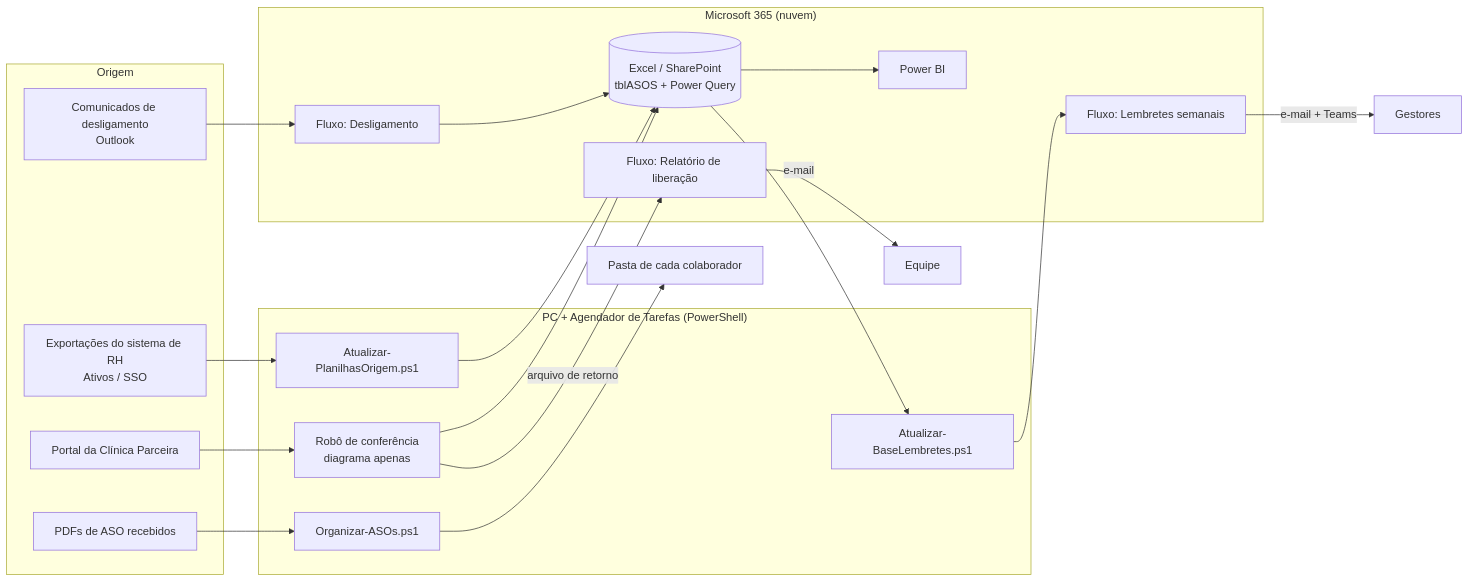
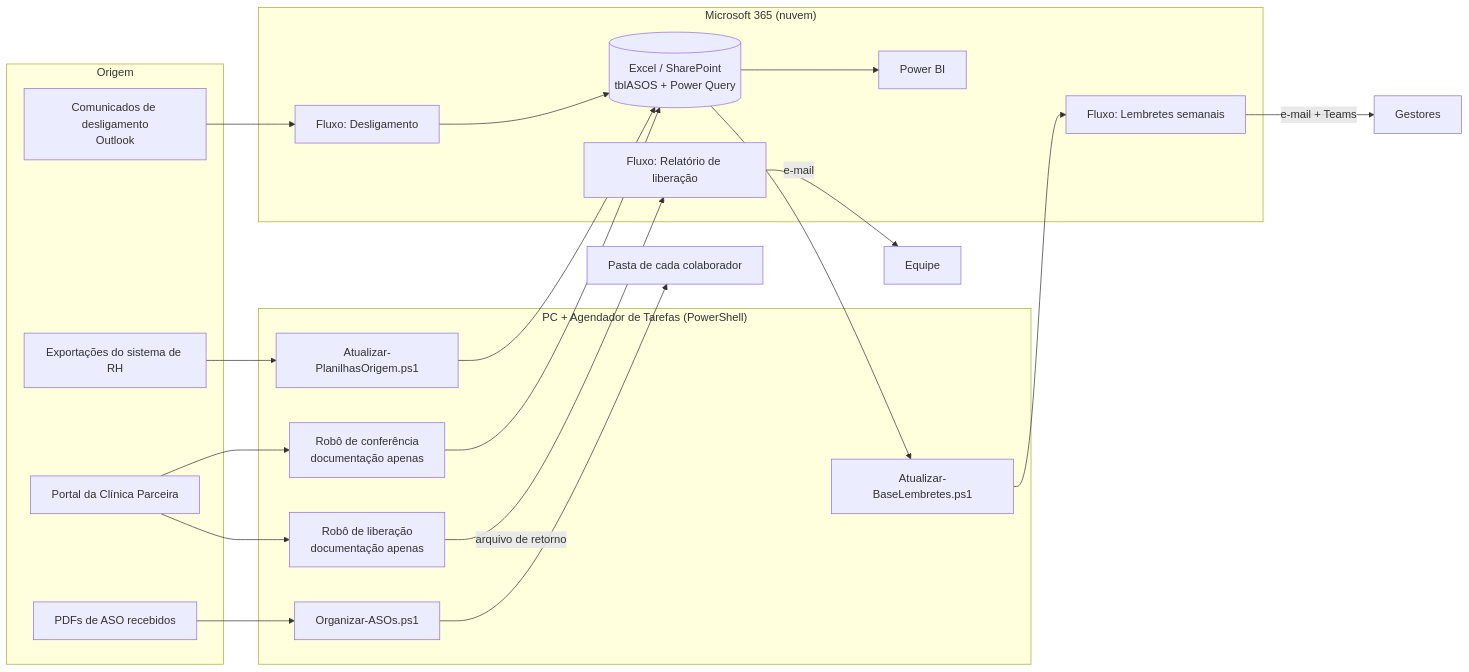
Before and after one commit to vitoliro/automacao-saude-ocupacional: the diagram in README.md, drawn with Mermaid. The commit also changed other lines of this file and 3 other files, not shown here.

Commit message:
Documenta robô de liberação, números reais do log e novo nome

````diff
--- a/README.md
+++ b/README.md
@@ -32,29 +37,30 @@
 ```mermaid
 flowchart LR
     subgraph Origem
-        RH[Exportações do sistema de RH<br/>Ativos / SSO]
+        RH[Exportações do sistema de RH]
         CL[Portal da Clínica Parceira]
         OUT[Comunicados de desligamento<br/>Outlook]
         PDF[PDFs de ASO recebidos]
     end
     subgraph Local["PC + Agendador de Tarefas (PowerShell)"]
         S1[Atualizar-PlanilhasOrigem.ps1]
-        S2[Robô de conferência<br/>diagrama apenas]
+        S2[Robô de liberação<br/>documentação apenas]
+        S5[Robô de conferência<br/>documentação apenas]
         S3[Atualizar-BaseLembretes.ps1]
         S4[Organizar-ASOs.ps1]
     end
     subgraph M365["Microsoft 365 (nuvem)"]
         X[(Excel / SharePoint<br/>tblASOS + Power Query)]
         F1[Fluxo: Lembretes semanais]
         F2[Fluxo: Desligamento]
         F3[Fluxo: Relatório de liberação]
         BI[Power BI]
     end
     RH --> S1 --> X
-    CL --> S2 --> X
-    S2 -- arquivo de retorno --> F3 -- e-mail --> Equipe
+    CL --> S2 -- arquivo de retorno --> F3 -- e-mail --> Equipe
+    CL --> S5 --> X
     X --> S3 --> F1 -- e-mail + Teams --> Gestores
     OUT --> F2 --> X
     PDF --> S4 --> Pastas[Pasta de cada colaborador]
     X --> BI
 ```
````
